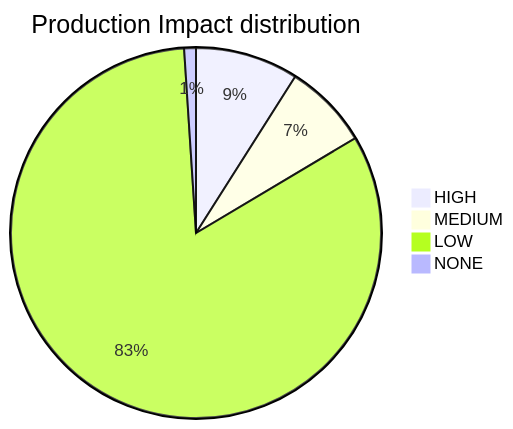
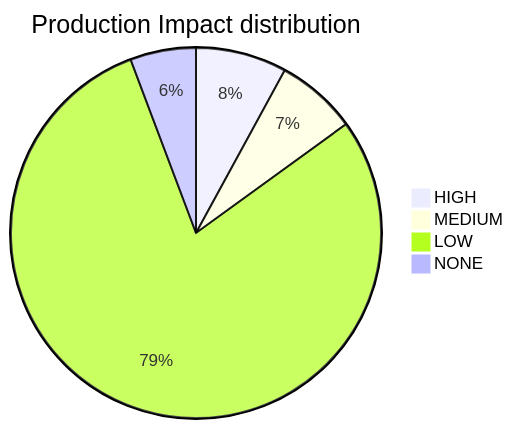
Before and after one commit to mikeybeezy/goldenpath-idp-infra: the sixth of 14 diagrams in docs/10-governance/reports/HEALTH_AUDIT_LOG.md, drawn with Mermaid. The commit also changed other lines of this file and 36 other files, not shown here.

````diff
--- a/docs/10-governance/reports/HEALTH_AUDIT_LOG.md
+++ b/docs/10-governance/reports/HEALTH_AUDIT_LOG.md
@@ -509,7 +512,7 @@
 ```mermaid
 pie title Production Impact distribution
-    "HIGH" : 35
-    "MEDIUM" : 29
-    "LOW" : 321
-    "NONE" : 4
+    "HIGH" : 36
+    "MEDIUM" : 32
+    "LOW" : 359
+    "NONE" : 26
 ```
````
